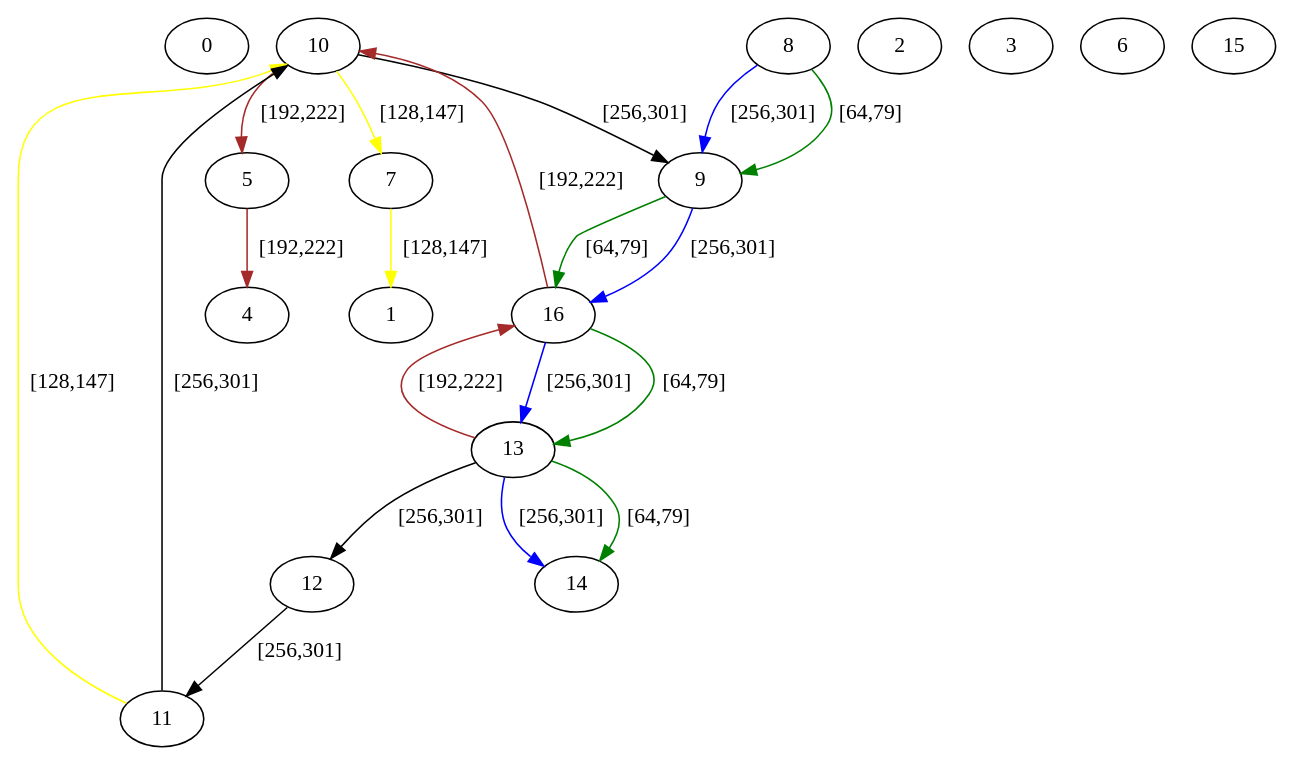
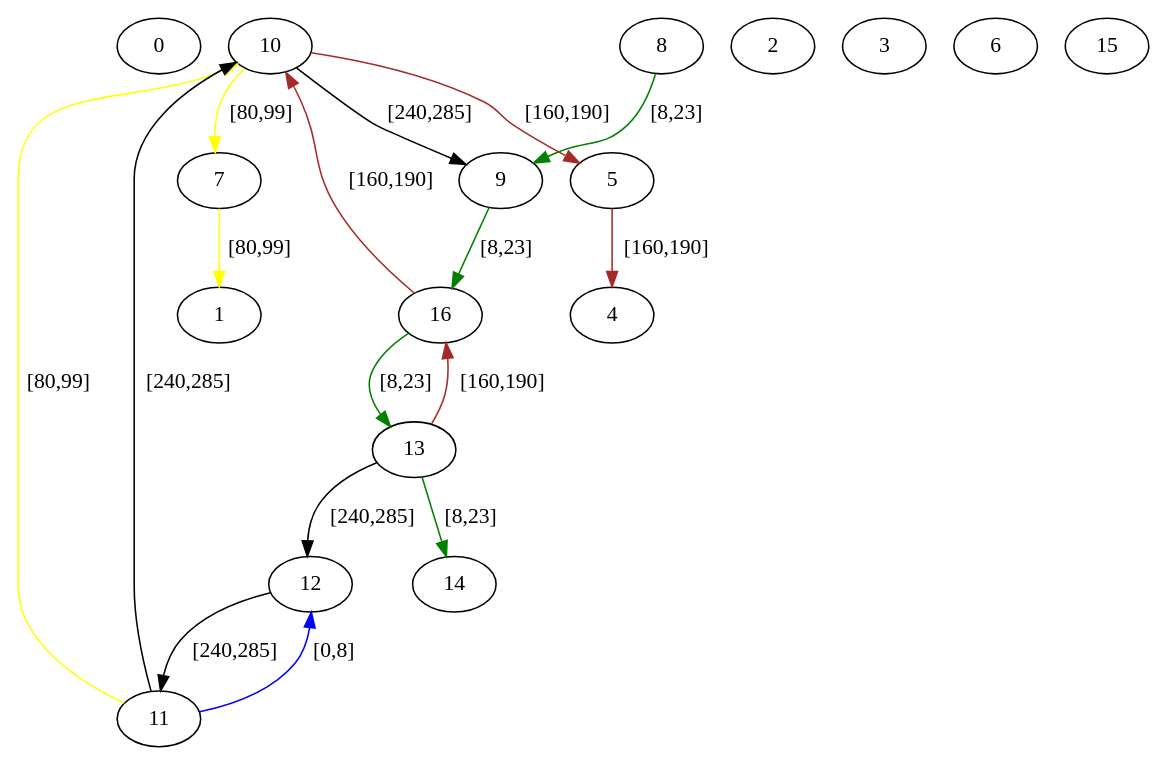
Before and after one commit to Hebbe1234/ExpectAll: the diagram in src/assignedGraphs/assigned.dot, drawn with Graphviz. The commit also changed 3 other files, not shown here.

```diff
--- a/src/assignedGraphs/assigned.dot
+++ b/src/assignedGraphs/assigned.dot
@@ -1,38 +1,35 @@
 digraph  {
 0 [label=0];
 1 [label=1];
 2 [label=2];
 3 [label=3];
 4 [label=4];
 5 [label=5];
 6 [label=6];
 7 [label=7];
 8 [label=8];
 9 [label=9];
 10 [label=10];
 11 [label=11];
 12 [label=12];
 13 [label=13];
 14 [label=14];
 15 [label=15];
 16 [label=16];
-5 -> 4  [color=brown, key=0, label="[192,222]"];
-7 -> 1  [color=yellow, key=0, label="[128,147]"];
-8 -> 9  [color=blue, key=0, label="[256,301]"];
-8 -> 9  [color=green, key=1, label="[64,79]"];
-9 -> 16  [color=blue, key=0, label="[256,301]"];
-9 -> 16  [color=green, key=1, label="[64,79]"];
-10 -> 7  [color=yellow, key=0, label="[128,147]"];
-10 -> 5  [color=brown, key=0, label="[192,222]"];
-10 -> 9  [color=black, key=0, label="[256,301]"];
-11 -> 10  [color=yellow, key=0, label="[128,147]"];
-11 -> 10  [color=black, key=1, label="[256,301]"];
-12 -> 11  [color=black, key=0, label="[256,301]"];
-13 -> 14  [color=blue, key=0, label="[256,301]"];
-13 -> 14  [color=green, key=1, label="[64,79]"];
-13 -> 16  [color=brown, key=0, label="[192,222]"];
-13 -> 12  [color=black, key=0, label="[256,301]"];
-16 -> 13  [color=blue, key=0, label="[256,301]"];
-16 -> 13  [color=green, key=1, label="[64,79]"];
-16 -> 10  [color=brown, key=0, label="[192,222]"];
+5 -> 4  [color=brown, key=0, label="[160,190]"];
+7 -> 1  [color=yellow, key=0, label="[80,99]"];
+8 -> 9  [color=green, key=0, label="[8,23]"];
+9 -> 16  [color=green, key=0, label="[8,23]"];
+10 -> 7  [color=yellow, key=0, label="[80,99]"];
+10 -> 5  [color=brown, key=0, label="[160,190]"];
+10 -> 9  [color=black, key=0, label="[240,285]"];
+11 -> 12  [color=blue, key=0, label="[0,8]"];
+11 -> 10  [color=yellow, key=0, label="[80,99]"];
+11 -> 10  [color=black, key=1, label="[240,285]"];
+12 -> 11  [color=black, key=0, label="[240,285]"];
+13 -> 14  [color=green, key=0, label="[8,23]"];
+13 -> 16  [color=brown, key=0, label="[160,190]"];
+13 -> 12  [color=black, key=0, label="[240,285]"];
+16 -> 13  [color=green, key=0, label="[8,23]"];
+16 -> 10  [color=brown, key=0, label="[160,190]"];
 }
```
